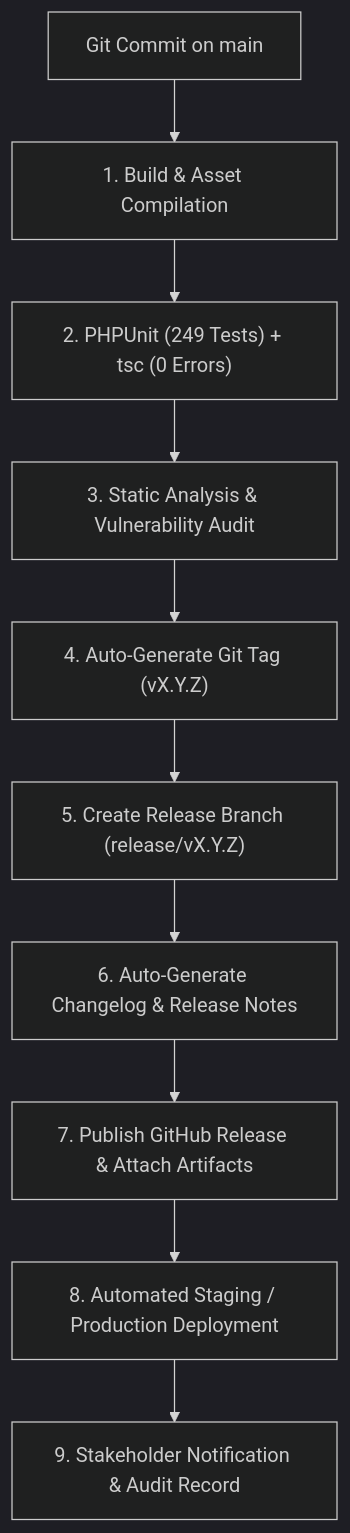
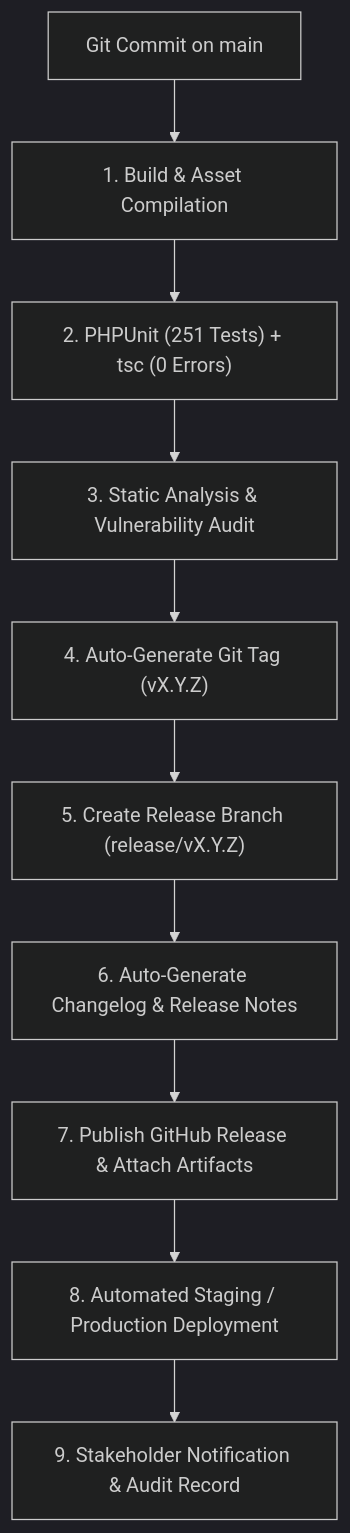
Before and after one commit to developer-somnath/sociosphere: the diagram in docs/ARCHITECTURE_AND_ROADMAP.md, drawn with Mermaid (dark theme). The commit also changed other lines of this file and 20 other files, not shown here.

````diff
--- a/docs/ARCHITECTURE_AND_ROADMAP.md
+++ b/docs/ARCHITECTURE_AND_ROADMAP.md
@@ -34,12 +34,12 @@
 ```mermaid
 flowchart TD
     Commit["Git Commit on main"] --> CI_Build["1. Build & Asset Compilation"]
-    CI_Build --> CI_Test["2. PHPUnit (249 Tests) + tsc (0 Errors)"]
+    CI_Build --> CI_Test["2. PHPUnit (251 Tests) + tsc (0 Errors)"]
     CI_Test --> CI_Security["3. Static Analysis & Vulnerability Audit"]
     CI_Security --> CI_Tag["4. Auto-Generate Git Tag (vX.Y.Z)"]
     CI_Tag --> CI_Branch["5. Create Release Branch (release/vX.Y.Z)"]
     CI_Branch --> CI_Changelog["6. Auto-Generate Changelog & Release Notes"]
     CI_Changelog --> CI_GitHub["7. Publish GitHub Release & Attach Artifacts"]
     CI_GitHub --> CI_Deploy["8. Automated Staging / Production Deployment"]
     CI_Deploy --> CI_Notify["9. Stakeholder Notification & Audit Record"]
 ```
````
